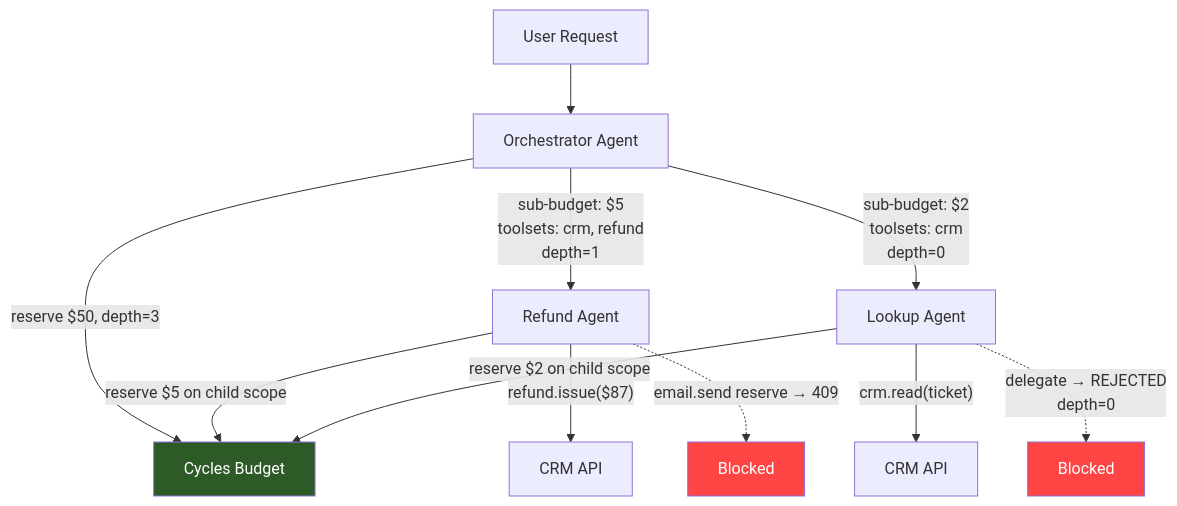
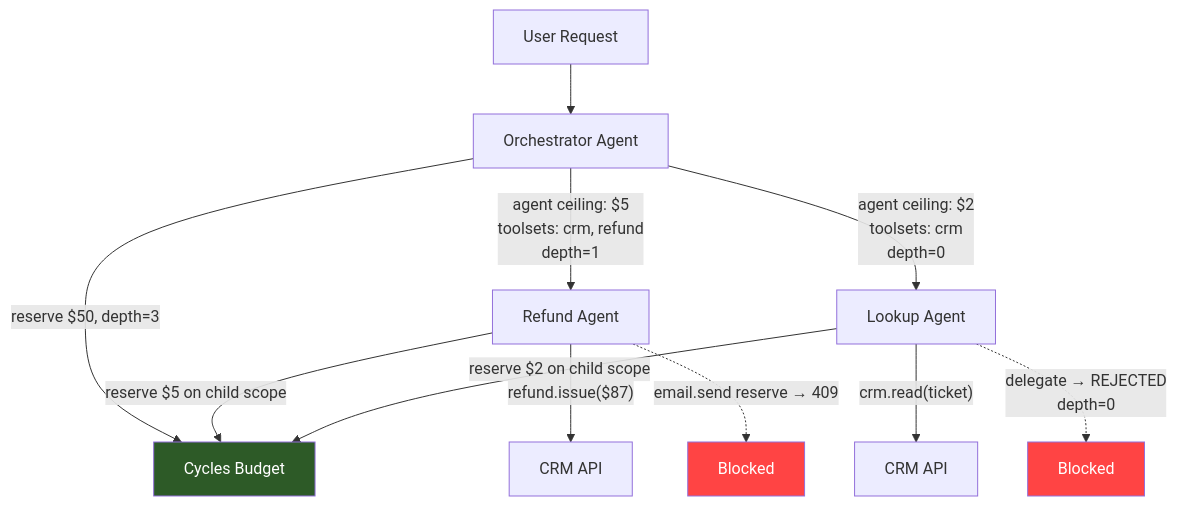
The diagram in blog/agent-delegation-chains-authority-attenuation-not-trust-propagation.md (runcycles/cycles-docs), drawn with Mermaid before and after one commit. The commit also changed other lines of this file and 180 other files, not shown here.

````diff
--- a/blog/agent-delegation-chains-authority-attenuation-not-trust-propagation.md
+++ b/blog/agent-delegation-chains-authority-attenuation-not-trust-propagation.md
@@ -151,21 +143,21 @@
 ```mermaid
 flowchart TD
     U[User Request] --> O[Orchestrator Agent]
     O -->|"reserve $50, depth=3"| CB[Cycles Budget]
 
-    O -->|"sub-budget: $5<br/>toolsets: crm, refund<br/>depth=1"| RA[Refund Agent]
-    O -->|"sub-budget: $2<br/>toolsets: crm<br/>depth=0"| LA[Lookup Agent]
+    O -->|"agent ceiling: $5<br/>toolsets: crm, refund<br/>depth=1"| RA[Refund Agent]
+    O -->|"agent ceiling: $2<br/>toolsets: crm<br/>depth=0"| LA[Lookup Agent]
 
     RA -->|"reserve $5 on child scope"| CB
     LA -->|"reserve $2 on child scope"| CB
 
     RA -->|"refund.issue($87)"| T1[CRM API]
     LA -->|"crm.read(ticket)"| T2[CRM API]
 
     RA -.->|"email.send reserve → 409"| X1[Blocked]
     LA -.->|"delegate → REJECTED<br/>depth=0"| X2[Blocked]
 
     style X1 fill:#ff4444,color:#fff
     style X2 fill:#ff4444,color:#fff
     style CB fill:#2d5a27,color:#fff
 ```
````
